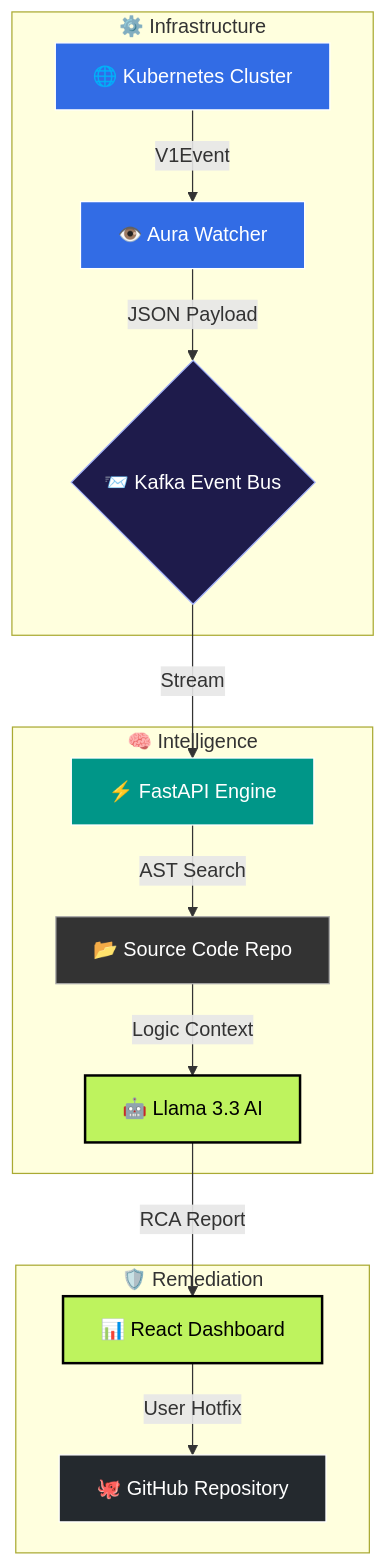
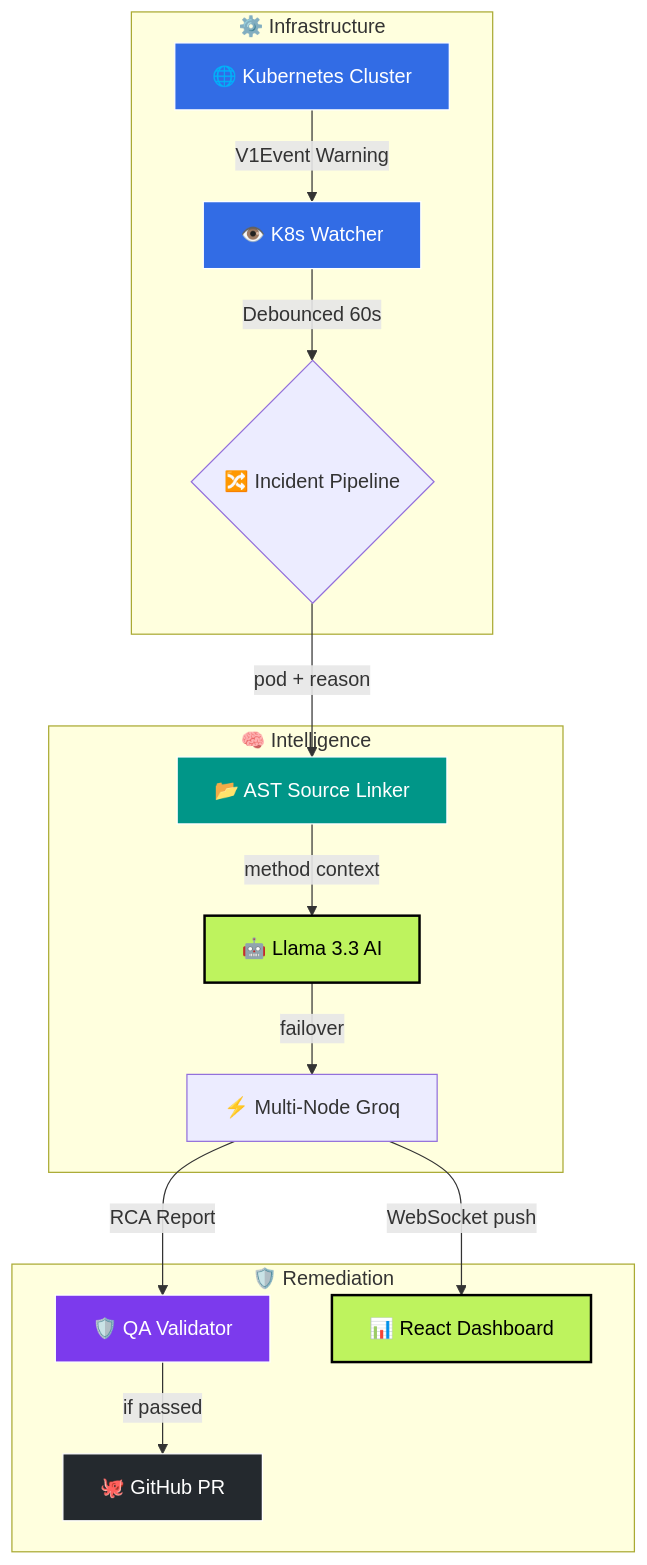
Before and after one commit to Xynash/Aura: the diagram in README.md, drawn with Mermaid. The commit also changed other lines of this file, not shown here.

````diff
--- a/README.md
+++ b/README.md
@@ -54,27 +68,27 @@
 ```mermaid
 graph TD
     subgraph Infrastructure["⚙️ Infrastructure"]
-        A[🌐 Kubernetes Cluster] -->|V1Event| B[👁️ Aura Watcher]
-        B -->|JSON Payload| C{📨 Kafka Event Bus}
+        A[🌐 Kubernetes Cluster] -->|V1Event Warning| B[👁️ K8s Watcher]
+        B -->|Debounced 60s| C{🔀 Incident Pipeline}
     end
 
     subgraph Intelligence["🧠 Intelligence"]
-        C -->|Stream| D[⚡ FastAPI Engine]
-        D -->|AST Search| E[📂 Source Code Repo]
-        E -->|Logic Context| F[🤖 Llama 3.3 AI]
+        C -->|pod + reason| D[📂 AST Source Linker]
+        D -->|method context| E[🤖 Llama 3.3 AI]
+        E -->|failover| F[⚡ Multi-Node Groq]
     end
 
     subgraph Remediation["🛡️ Remediation"]
-        F -->|RCA Report| G[📊 React Dashboard]
-        G -->|User Hotfix| H[🐙 GitHub Repository]
+        F -->|RCA Report| G[🛡️ QA Validator]
+        G -->|if passed| H[🐙 GitHub PR]
+        F -->|WebSocket push| I[📊 React Dashboard]
     end
 
-    style F fill:#bef35e,stroke:#000,stroke-width:2px,color:#000
-    style G fill:#bef35e,stroke:#000,stroke-width:2px,color:#000
-    style C fill:#1e1b4b,stroke:#a5b4fc,stroke-width:1px,color:#fff
+    style E fill:#bef35e,stroke:#000,stroke-width:2px,color:#000
+    style I fill:#bef35e,stroke:#000,stroke-width:2px,color:#000
     style A fill:#326CE5,stroke:#fff,stroke-width:1px,color:#fff
     style B fill:#326CE5,stroke:#fff,stroke-width:1px,color:#fff
     style D fill:#009688,stroke:#fff,stroke-width:1px,color:#fff
-    style E fill:#333,stroke:#aaa,stroke-width:1px,color:#fff
+    style G fill:#7c3aed,stroke:#fff,stroke-width:1px,color:#fff
     style H fill:#24292e,stroke:#fff,stroke-width:1px,color:#fff
 ```
````
